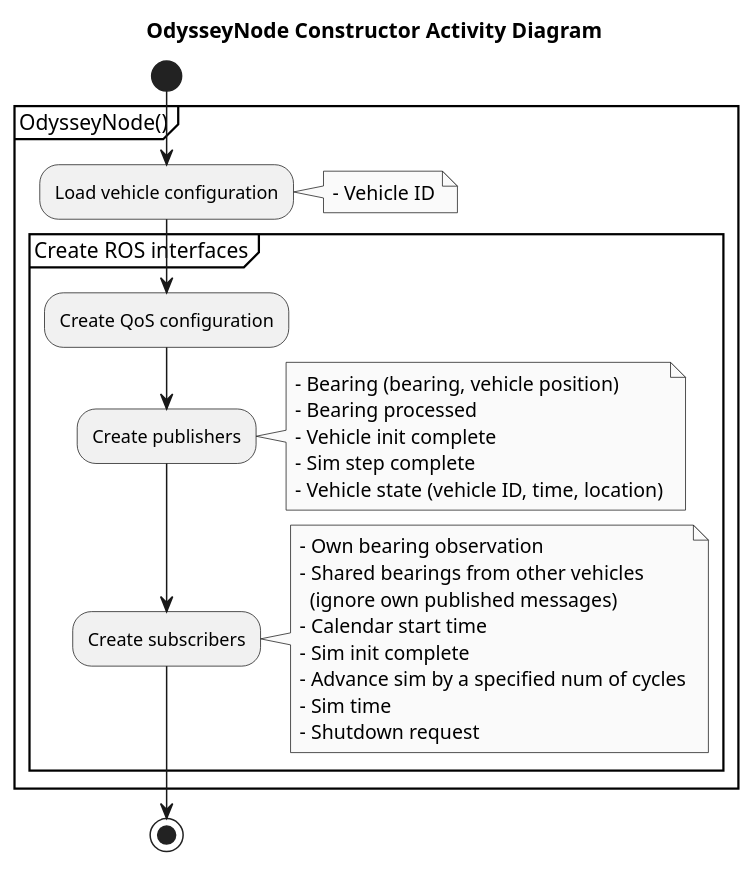
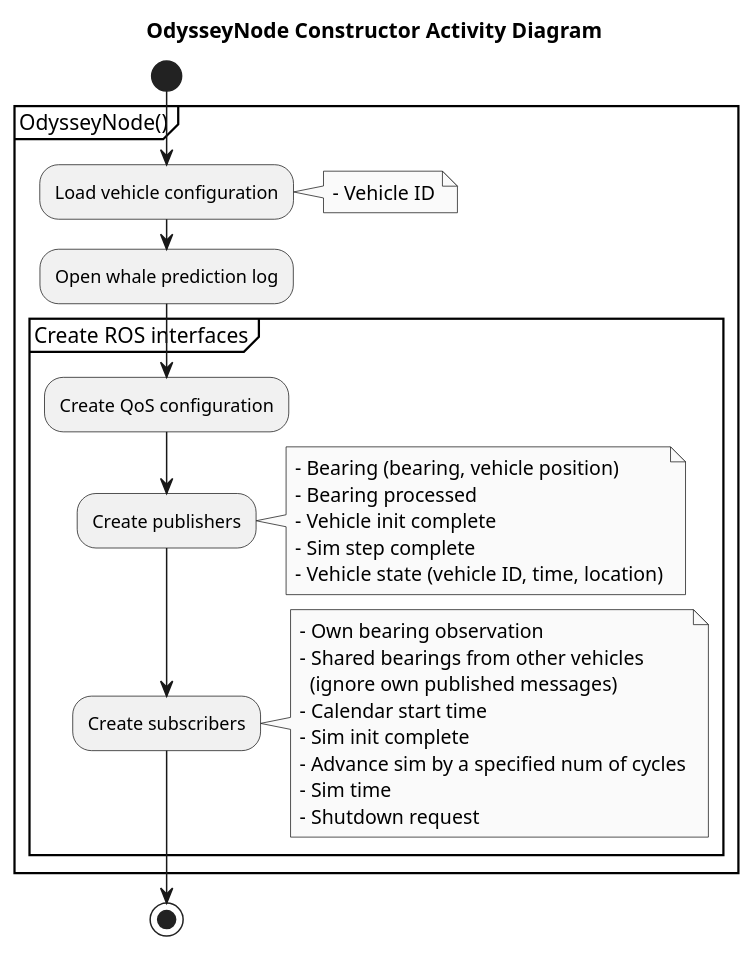
The diagram in components/manta_odyssey/docs/odyssey_init.puml (Tebcherani/MANTA), drawn with PlantUML before and after one commit. The commit also changed 7 other files, not shown here.

```diff
--- a/components/manta_odyssey/docs/odyssey_init.puml
+++ b/components/manta_odyssey/docs/odyssey_init.puml
@@ -1,44 +1,46 @@
 @startuml
 title OdysseyNode Constructor Activity Diagram
 
 skinparam monochrome true
 skinparam shadowing false
 skinparam svgLinkTarget _self
 
 start
 
 partition "OdysseyNode()" {
     :Load vehicle configuration;
     note right
         - Vehicle ID
     end note
+
+    :Open whale prediction log;
 
     partition "Create ROS interfaces" {
         :Create QoS configuration;
 
         :Create publishers;
         note right
             - Bearing (bearing, vehicle position)
             - Bearing processed
             - Vehicle init complete
             - Sim step complete
             - Vehicle state (vehicle ID, time, location)
         end note
 
         :Create subscribers;
         note right
             - Own bearing observation
             - Shared bearings from other vehicles
               (ignore own published messages)
             - Calendar start time
             - Sim init complete
             - Advance sim by a specified num of cycles
             - Sim time
             - Shutdown request
         end note
     }
 }
 
 stop
 
 @enduml
```
